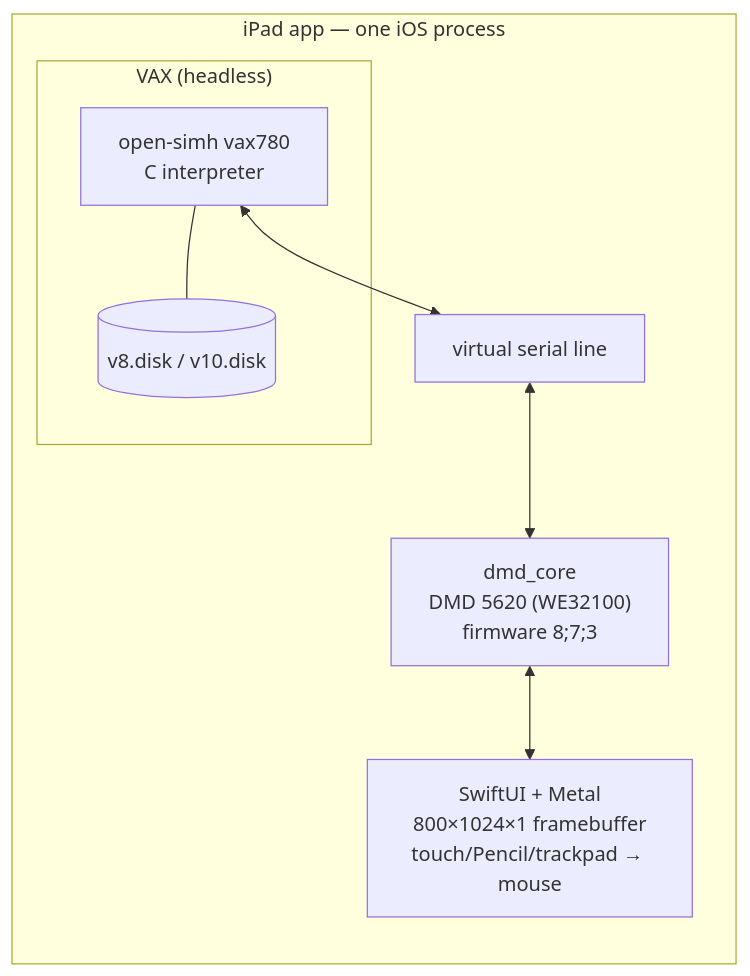
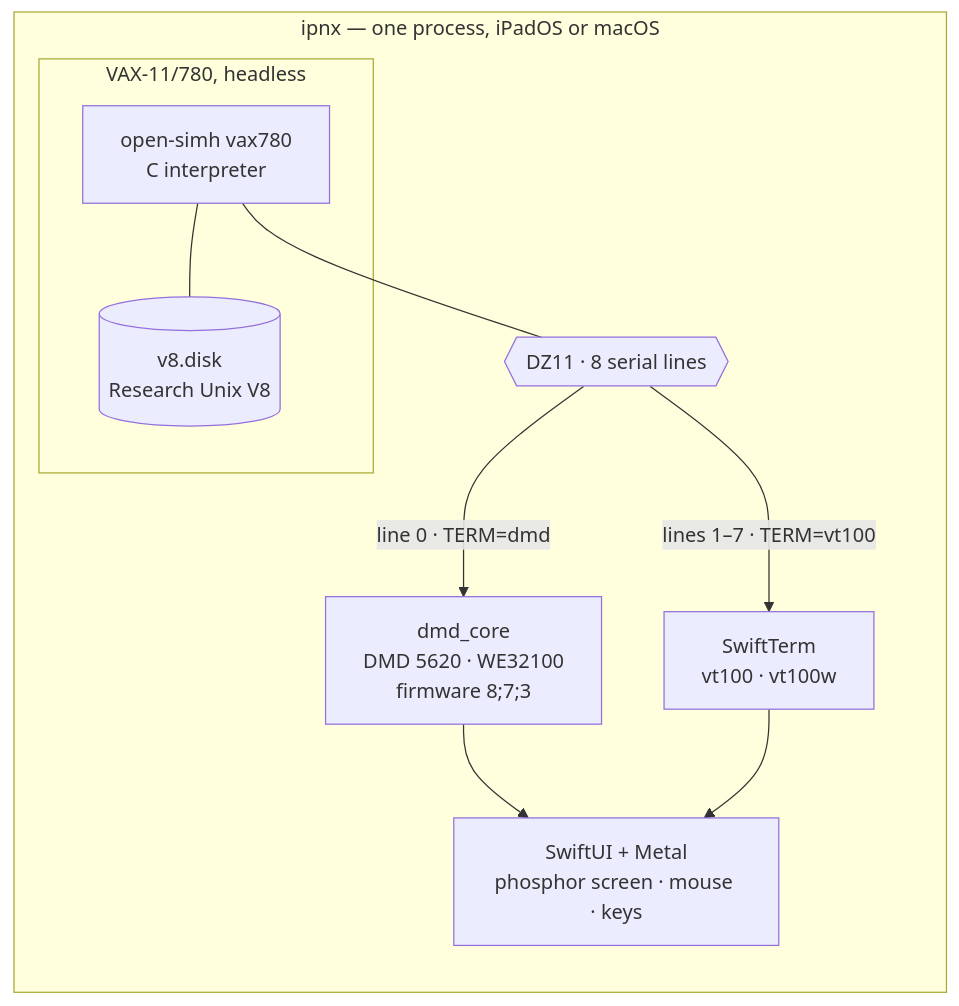
Before and after one commit to ChristineTham/ipad-v8: the diagram in README.md, drawn with Mermaid. The commit also changed other lines of this file and 1 other file, not shown here.

First line of the commit message:
The README catches up with what ipnx actually became

````diff
--- a/README.md
+++ b/README.md
@@ -32,16 +67,19 @@
 ```mermaid
 flowchart LR
-    subgraph app["iPad app — one iOS process"]
-        subgraph vax["VAX (headless)"]
+    subgraph app["ipnx — one process, iPadOS or macOS"]
+        subgraph vax["VAX-11/780, headless"]
             simh["open-simh vax780<br/>C interpreter"]
-            disk[("v8.disk / v10.disk")]
+            disk[("v8.disk<br/>Research Unix V8")]
             simh --- disk
         end
-        link["virtual serial line"]
-        dmd["dmd_core<br/>DMD 5620 (WE32100)<br/>firmware 8;7;3"]
-        ui["SwiftUI + Metal<br/>800×1024×1 framebuffer<br/>touch/Pencil/trackpad → mouse"]
-        simh <--> link
-        link <--> dmd
-        dmd <--> ui
+        dz{{"DZ11 · 8 serial lines"}}
+        dmd["dmd_core<br/>DMD 5620 · WE32100<br/>firmware 8;7;3"]
+        glass["SwiftTerm<br/>vt100 · vt100w"]
+        ui["SwiftUI + Metal<br/>phosphor screen · mouse · keys"]
+        simh --- dz
+        dz -- "line 0 · TERM=dmd" --> dmd
+        dz -- "lines 1–7 · TERM=vt100" --> glass
+        dmd --> ui
+        glass --> ui
     end
 ```
````
